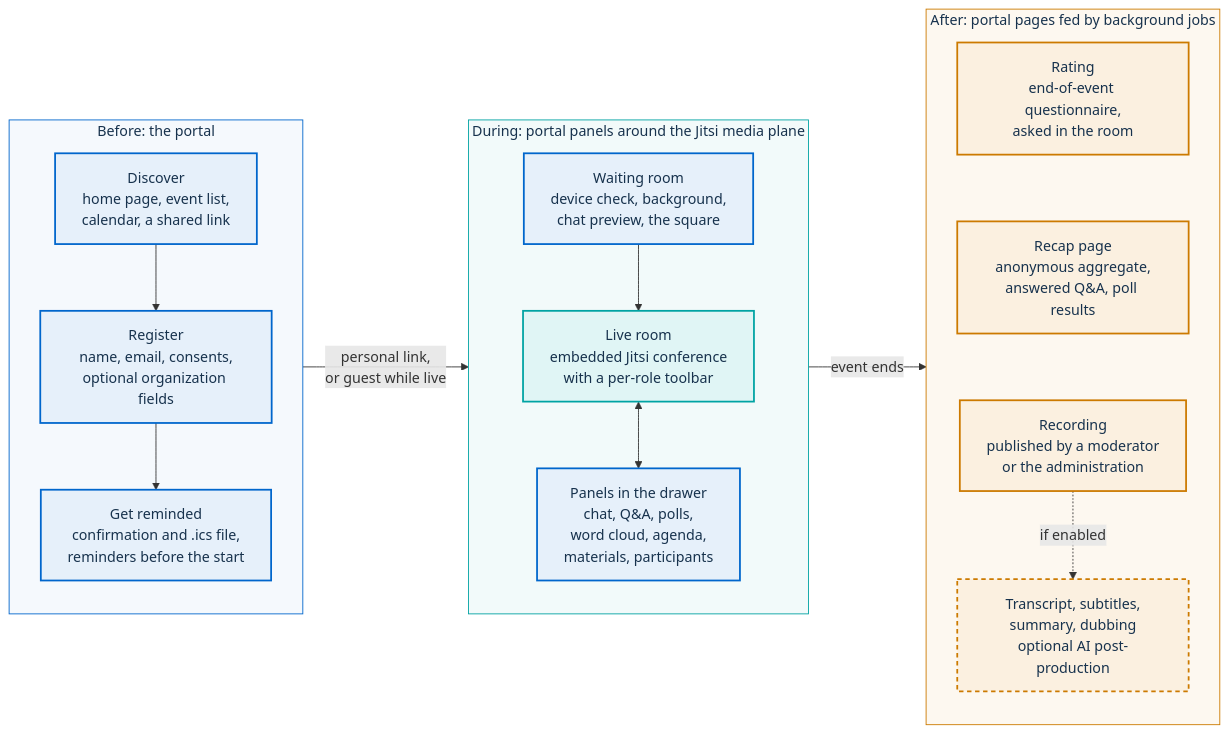
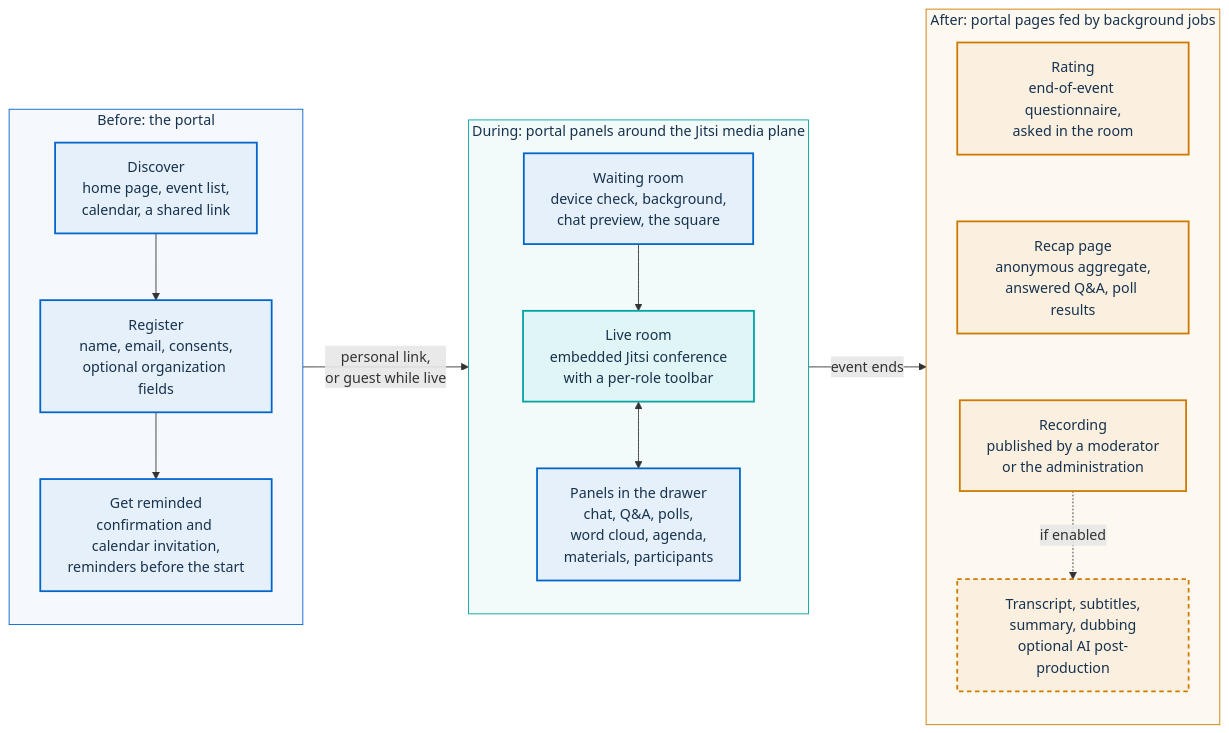
One commit to italia/pa-webinar changed the first of 2 diagrams in docs/FEATURES.md. Above: the diagram before and after it, drawn with Mermaid. The commit also changed other lines of this file and 33 other files, not shown here.

````diff
--- a/docs/FEATURES.md
+++ b/docs/FEATURES.md
@@ -26,45 +26,45 @@
 ```mermaid
 flowchart LR
   subgraph BEFORE["Before: the portal"]
     direction TB
     B1["Discover<br/>home page, event list,<br/>calendar, a shared link"]
     B2["Register<br/>name, email, consents,<br/>optional organization fields"]
-    B3["Get reminded<br/>confirmation and .ics file,<br/>reminders before the start"]
+    B3["Get reminded<br/>confirmation and calendar invitation,<br/>reminders before the start"]
     B1 --> B2 --> B3
   end
 
   subgraph DURING["During: portal panels around the Jitsi media plane"]
     direction TB
     D1["Waiting room<br/>device check, background,<br/>chat preview, the square"]
     D2["Live room<br/>embedded Jitsi conference<br/>with a per-role toolbar"]
     D3["Panels in the drawer<br/>chat, Q&A, polls,<br/>word cloud, agenda,<br/>materials, participants"]
     D1 --> D2 <--> D3
   end
 
   subgraph AFTER["After: portal pages fed by background jobs"]
     direction TB
     A1["Rating<br/>end-of-event questionnaire,<br/>asked in the room"]
     A2["Recap page<br/>anonymous aggregate,<br/>answered Q&A, poll results"]
     A3["Recording<br/>published by a moderator<br/>or the administration"]
     A4["Transcript, subtitles,<br/>summary, dubbing<br/>optional AI post-production"]
     A1 ~~~ A2 ~~~ A3
     A3 -. "if enabled" .-> A4
   end
 
   BEFORE -- "personal link,<br/>or guest while live" --> DURING
   DURING -- "event ends" --> AFTER
 
   classDef portal fill:#E6F0FA,stroke:#0066CC,stroke-width:2px,color:#17324D
   classDef media fill:#E0F5F5,stroke:#00A3A3,stroke-width:2px,color:#17324D
   classDef job fill:#FBF0E0,stroke:#CC7A00,stroke-width:2px,color:#17324D
   classDef optional fill:#FBF0E0,stroke:#CC7A00,stroke-width:2px,stroke-dasharray:5 4,color:#17324D
 
   class B1,B2,B3,D1,D3 portal
   class D2 media
   class A1,A2,A3 job
   class A4 optional
 
   style BEFORE fill:#F5F9FD,stroke:#0066CC,stroke-width:1px,color:#17324D
   style DURING fill:#F2FAFA,stroke:#00A3A3,stroke-width:1px,color:#17324D
   style AFTER fill:#FDF8F0,stroke:#CC7A00,stroke-width:1px,color:#17324D
 ```
````
